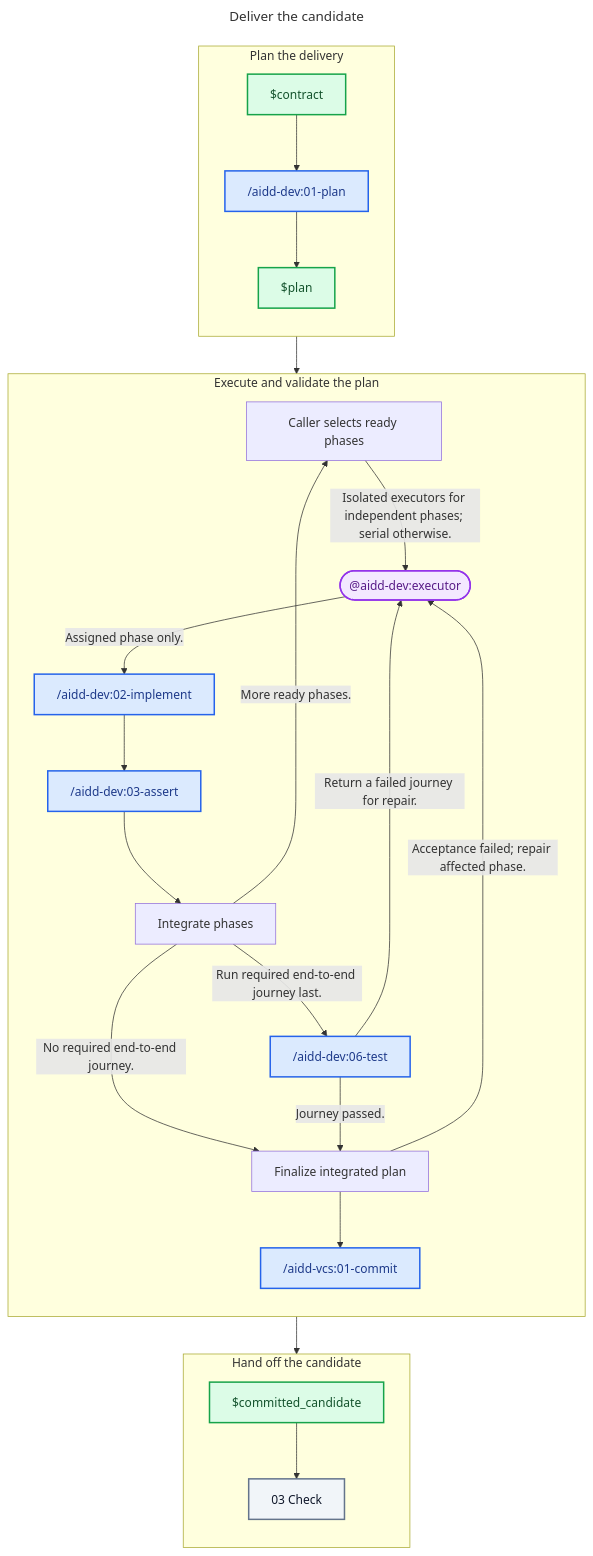
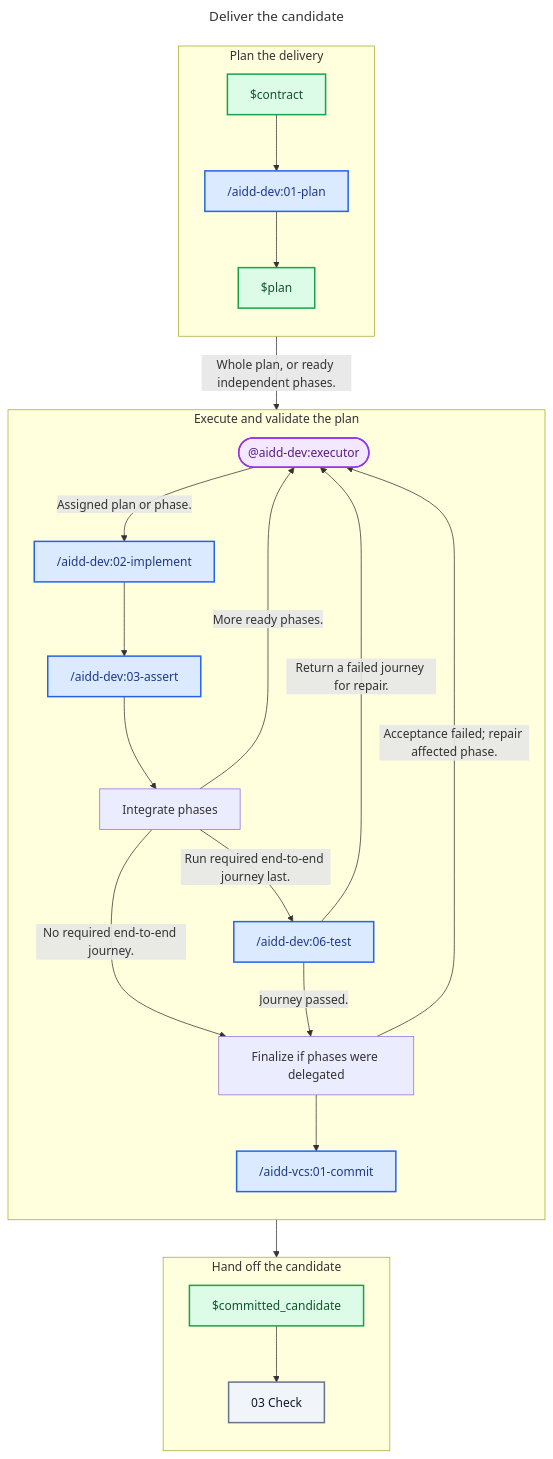
The diagram in plugins/aidd-orchestrator/skills/01-sdlc/references/02-deliver.md (ai-driven-dev/framework), drawn with Mermaid before and after one commit. The commit also changed other lines of this file and 2 other files, not shown here.

Commit message:
refactor(aidd-dev): clarify phase delegation and trim SDLC routing

````diff
--- a/plugins/aidd-orchestrator/skills/01-sdlc/references/02-deliver.md
+++ b/plugins/aidd-orchestrator/skills/01-sdlc/references/02-deliver.md
@@ -10,57 +11,55 @@
 ```mermaid
 ---
 title: Deliver the candidate
 ---
 flowchart TD
   subgraph PlanStage["Plan the delivery"]
     direction TB
     Contract["$contract"]
     Plan["/aidd-dev:01-plan"]
     PlanArtifact["$plan"]
   end
 
   subgraph ExecuteStage["Execute and validate the plan"]
     direction TB
-    Dispatch["Caller selects ready phases"]
     Executor(["@aidd-dev:executor"])
     Implement["/aidd-dev:02-implement"]
     Assert["/aidd-dev:03-assert"]
     Integrate["Integrate phases"]
     Test["/aidd-dev:06-test"]
-    Finalize["Finalize integrated plan"]
+    Finalize["Finalize if phases were delegated"]
     Commit["/aidd-vcs:01-commit"]
   end
 
   subgraph HandoffStage["Hand off the candidate"]
     direction TB
     CommittedCandidate["$committed_candidate"]
     Check["03 Check"]
   end
 
   Contract --> Plan
   Plan --> PlanArtifact
-  PlanArtifact --> Dispatch
-  Dispatch -- "Isolated executors for independent phases; serial otherwise." --> Executor
-  Executor -- "Assigned phase only." --> Implement
+  PlanArtifact -- "Whole plan, or ready independent phases." --> Executor
+  Executor -- "Assigned plan or phase." --> Implement
   Implement --> Assert
   Assert --> Integrate
-  Integrate -- "More ready phases." --> Dispatch
+  Integrate -- "More ready phases." --> Executor
   Integrate -- "No required end-to-end journey." --> Finalize
   Integrate -- "Run required end-to-end journey last." --> Test
   Test -- "Journey passed." --> Finalize
   Test -- "Return a failed journey for repair." --> Executor
   Finalize -- "Acceptance failed; repair affected phase." --> Executor
   Finalize --> Commit
   Commit --> CommittedCandidate
   CommittedCandidate --> Check
 
   classDef skill fill:#DBEAFE,stroke:#2563EB,color:#1E3A8A,stroke-width:2px
   classDef agent fill:#F3E8FF,stroke:#9333EA,color:#581C87,stroke-width:2px
   classDef artifact fill:#DCFCE7,stroke:#16A34A,color:#14532D,stroke-width:2px
   classDef zone fill:#F1F5F9,stroke:#64748B,color:#0F172A,stroke-width:2px
 
   class Plan,Implement,Assert,Test,Commit skill
   class Executor agent
   class Contract,PlanArtifact,CommittedCandidate artifact
   class Check zone
 ```
````
